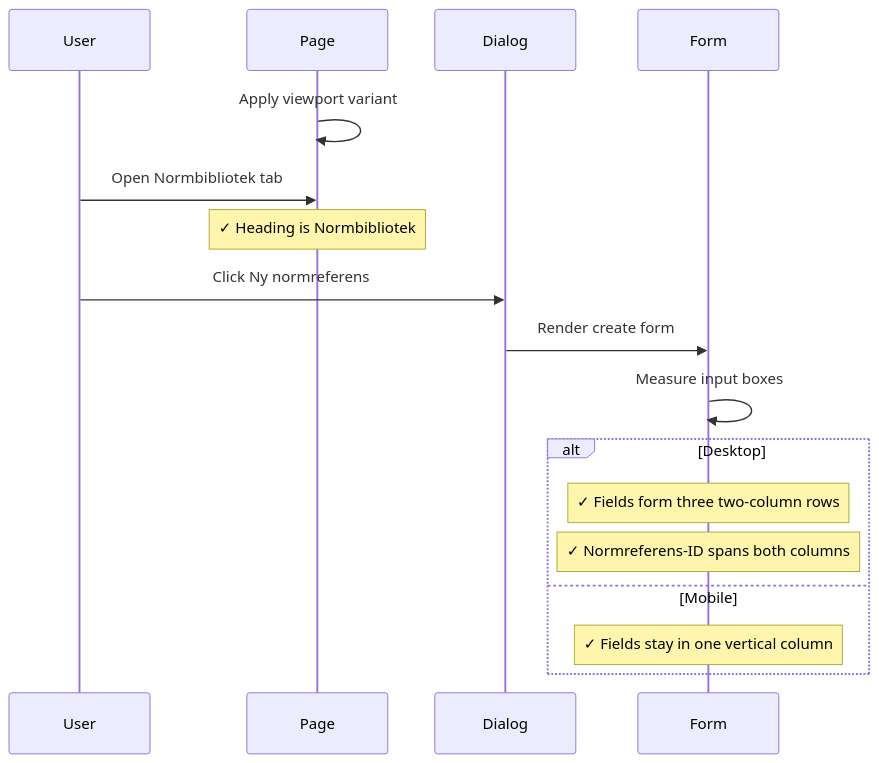
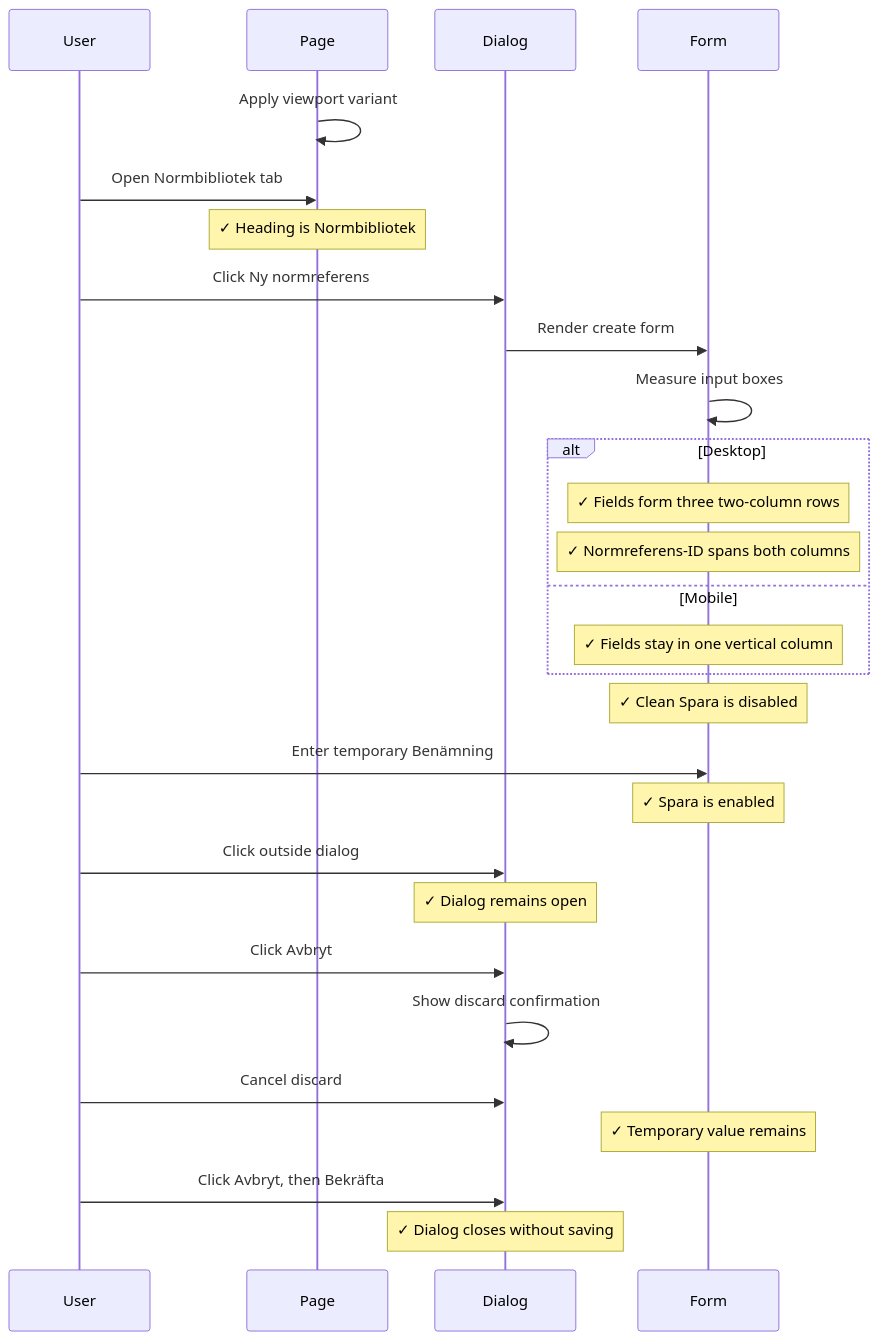
Before and after one commit to viscalyx/Kravhantering: the second of 2 diagrams in tests/integration/norm-reference-create-layout.md, drawn with Mermaid. The commit also changed other lines of this file and 32 other files, not shown here.

First line of the commit message:
feat: implement discard changes confirmation for dirty forms

````diff
--- a/tests/integration/norm-reference-create-layout.md
+++ b/tests/integration/norm-reference-create-layout.md
@@ -73,20 +84,31 @@
 ```mermaid
 sequenceDiagram
     participant U as User
     participant P as Page
     participant D as Dialog
     participant F as Form
 
     P->>P: Apply viewport variant
     U->>P: Open Normbibliotek tab
     Note over P: ✓ Heading is Normbibliotek
     U->>D: Click Ny normreferens
     D->>F: Render create form
     F->>F: Measure input boxes
     alt Desktop
         Note over F: ✓ Fields form three two-column rows
         Note over F: ✓ Normreferens-ID spans both columns
     else Mobile
         Note over F: ✓ Fields stay in one vertical column
     end
+    Note over F: ✓ Clean Spara is disabled
+    U->>F: Enter temporary Benämning
+    Note over F: ✓ Spara is enabled
+    U->>D: Click outside dialog
+    Note over D: ✓ Dialog remains open
+    U->>D: Click Avbryt
+    D->>D: Show discard confirmation
+    U->>D: Cancel discard
+    Note over F: ✓ Temporary value remains
+    U->>D: Click Avbryt, then Bekräfta
+    Note over D: ✓ Dialog closes without saving
 ```
````
